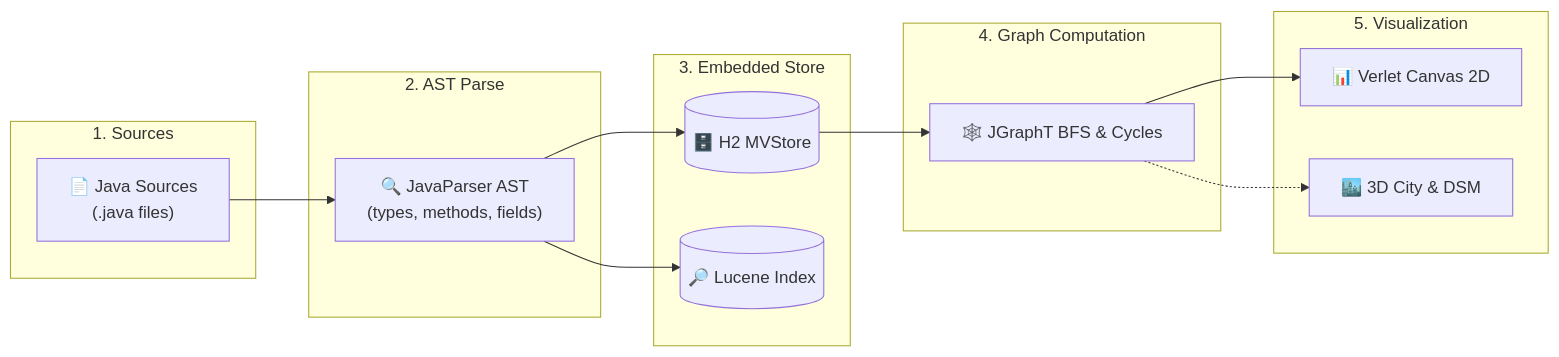
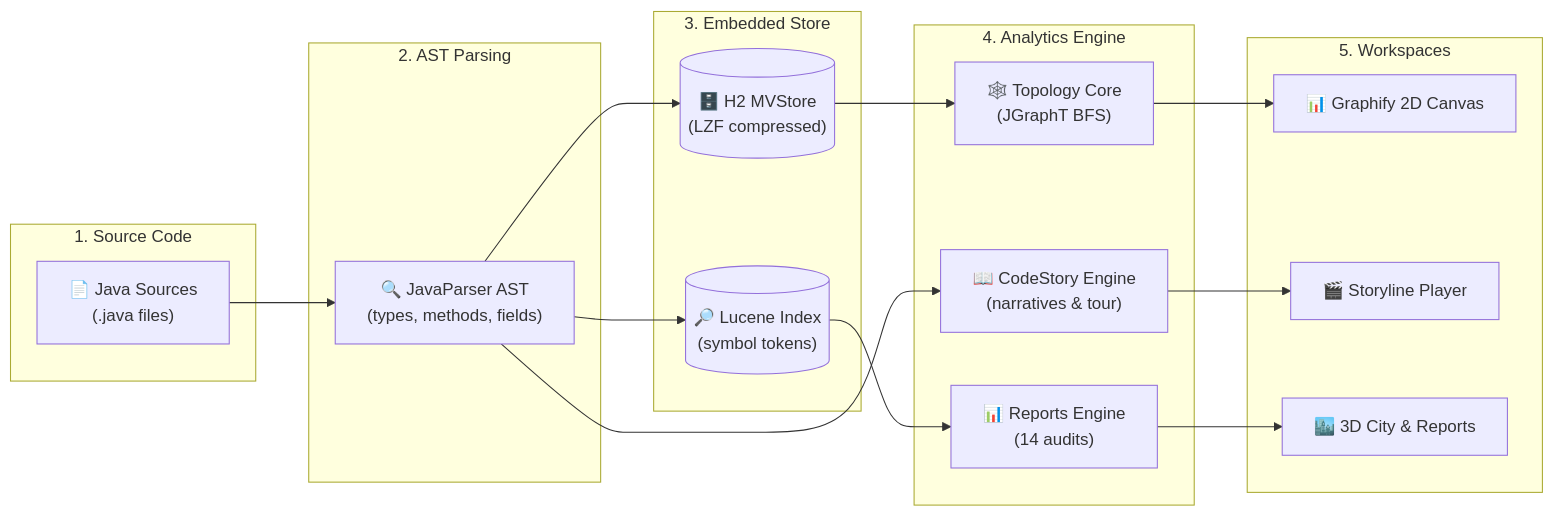
One commit to manvenpratap/codelens changed the fourth of 5 diagrams in PROJECT_CONTEXT.md. Above: the diagram before and after it, drawn with Mermaid. The commit also changed other lines of this file and 24 other files, not shown here.

Commit message:
docs: update archify diagrams, readme, project context, and create github wiki suite

````diff
--- a/PROJECT_CONTEXT.md
+++ b/PROJECT_CONTEXT.md
@@ -94,27 +126,33 @@
 ```mermaid
 flowchart LR
-    subgraph Stage1["1. Sources"]
+    subgraph Stage1["1. Source Code"]
         Java["📄 Java Sources\n(.java files)"]
     end
-    subgraph Stage2["2. AST Parse"]
+    subgraph Stage2["2. AST Parsing"]
         AST["🔍 JavaParser AST\n(types, methods, fields)"]
     end
     subgraph Stage3["3. Embedded Store"]
-        H2DB[("🗄️ H2 MVStore")]
-        LuceneDB[("🔎 Lucene Index")]
+        H2DB[("🗄️ H2 MVStore\n(LZF compressed)")]
+        LuceneDB[("🔎 Lucene Index\n(symbol tokens)")]
     end
-    subgraph Stage4["4. Graph Computation"]
-        JGraphT["🕸️ JGraphT BFS & Cycles"]
+    subgraph Stage4["4. Analytics Engine"]
+        Topology["🕸️ Topology Core\n(JGraphT BFS)"]
+        CodeStory["📖 CodeStory Engine\n(narratives & tour)"]
+        Reports["📊 Reports Engine\n(14 audits)"]
     end
-    subgraph Stage5["5. Visualization"]
-        Canvas["📊 Verlet Canvas 2D"]
-        City["🏙️ 3D City & DSM"]
+    subgraph Stage5["5. Workspaces"]
+        Canvas["📊 Graphify 2D Canvas"]
+        StoryPlayer["🎬 Storyline Player"]
+        City3D["🏙️ 3D City & Reports"]
     end
 
     Java --> AST
     AST --> H2DB
+    AST --> CodeStory
     AST --> LuceneDB
-    H2DB --> JGraphT
-    JGraphT --> Canvas
-    JGraphT -.-> City
+    H2DB --> Topology
+    LuceneDB --> Reports
+    Topology --> Canvas
+    CodeStory --> StoryPlayer
+    Reports --> City3D
 ```
````
